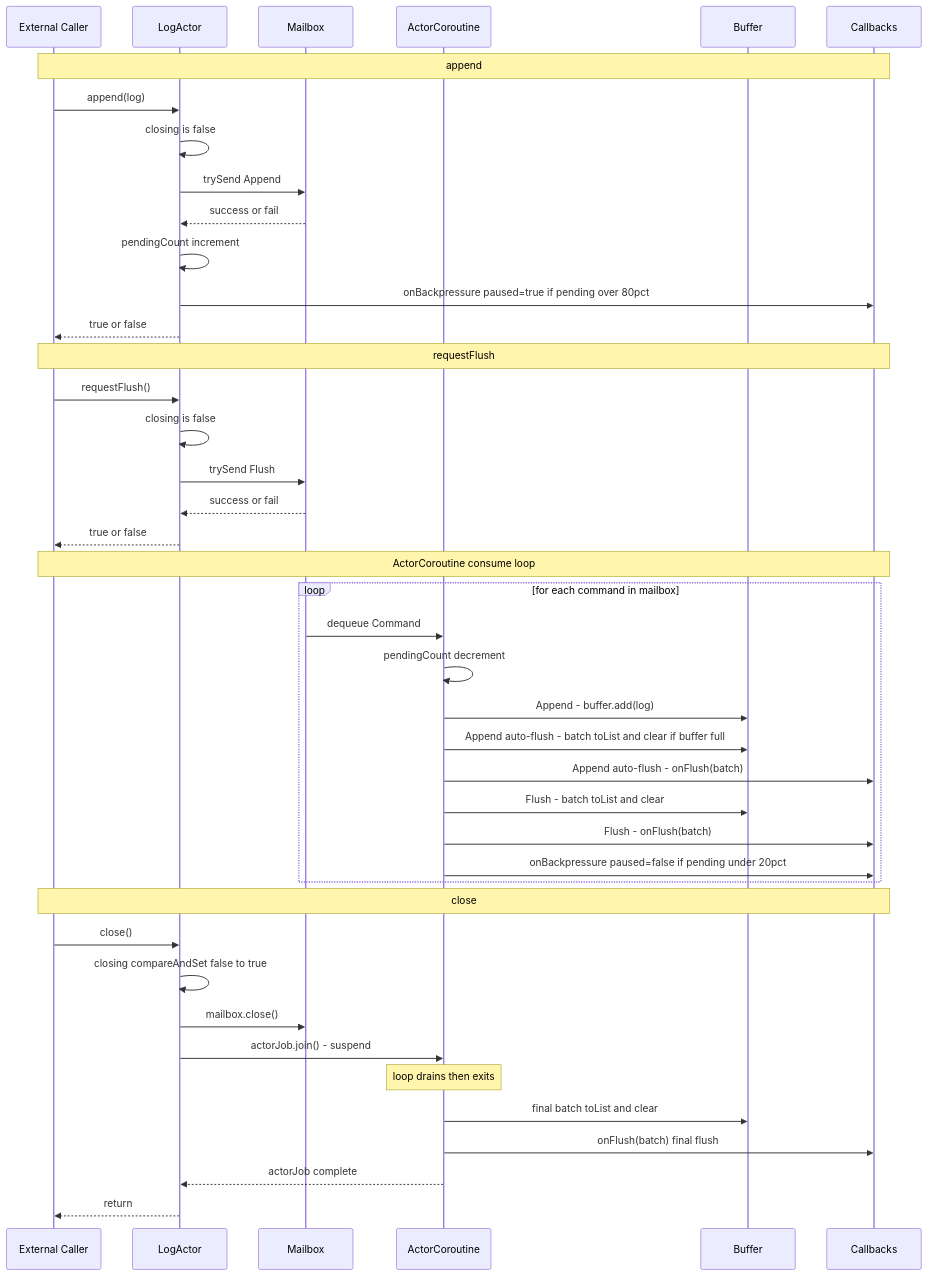
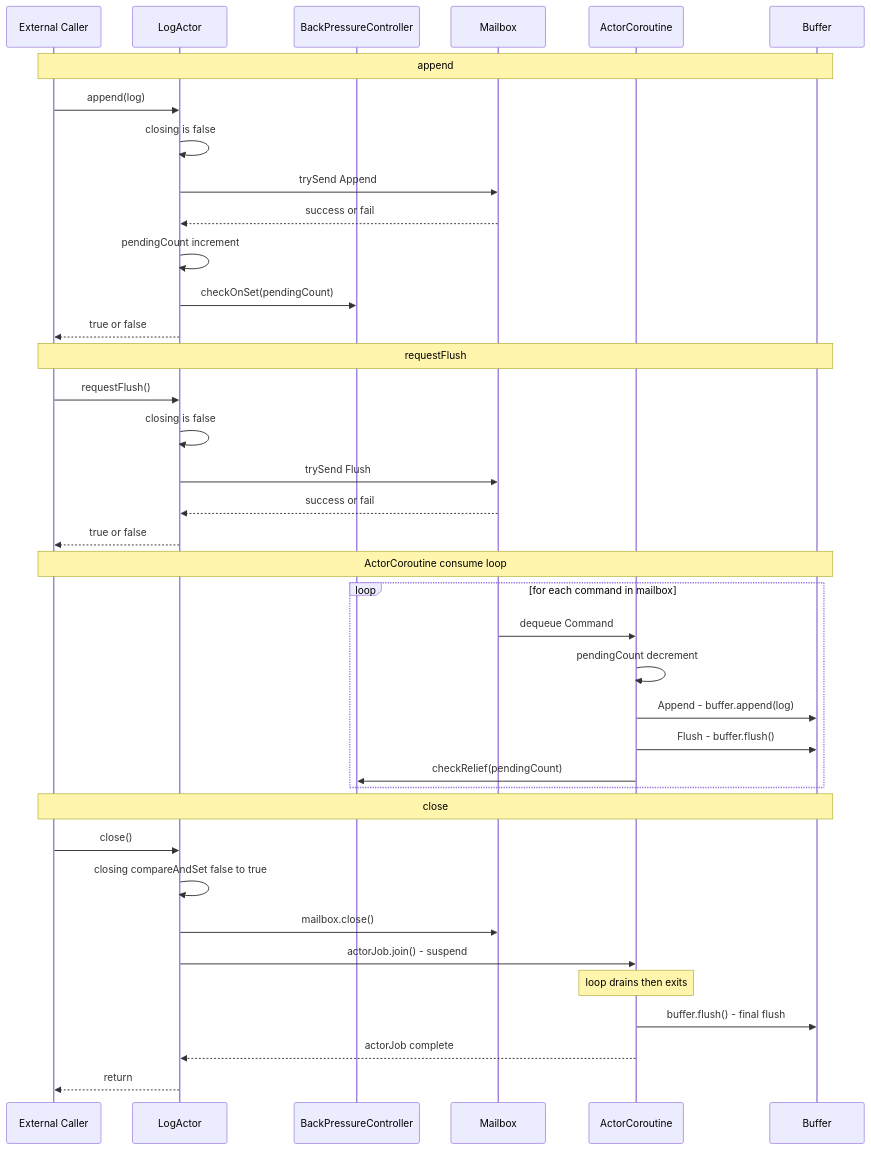
The diagram in ACTOR.md (milkcoke/kotlin-coroutine), drawn with Mermaid before and after one commit. The commit also changed other lines of this file and 1 other file, not shown here.

````diff
--- a/ACTOR.md
+++ b/ACTOR.md
@@ -1,48 +3,44 @@
 ```mermaid
 sequenceDiagram
   participant Caller as External Caller
   participant LA as LogActor
+  participant BPC as BackPressureController
   participant MB as Mailbox
   participant AC as ActorCoroutine
   participant Buf as Buffer
-  participant CB as Callbacks
 
-  Note over Caller,CB: append
+  Note over Caller,Buf: append
   Caller->>LA: append(log)
   LA->>LA: closing is false
   LA->>MB: trySend Append
   MB-->>LA: success or fail
   LA->>LA: pendingCount increment
-  LA->>CB: onBackpressure paused=true if pending over 80pct
+  LA->>BPC: checkOnSet(pendingCount)
   LA-->>Caller: true or false
 
-  Note over Caller,CB: requestFlush
+  Note over Caller,Buf: requestFlush
   Caller->>LA: requestFlush()
   LA->>LA: closing is false
   LA->>MB: trySend Flush
   MB-->>LA: success or fail
   LA-->>Caller: true or false
 
-  Note over Caller,CB: ActorCoroutine consume loop
+  Note over Caller,Buf: ActorCoroutine consume loop
   loop for each command in mailbox
     MB->>AC: dequeue Command
     AC->>AC: pendingCount decrement
-    AC->>Buf: Append - buffer.add(log)
-    AC->>Buf: Append auto-flush - batch toList and clear if buffer full
-    AC->>CB: Append auto-flush - onFlush(batch)
-    AC->>Buf: Flush - batch toList and clear
-    AC->>CB: Flush - onFlush(batch)
-    AC->>CB: onBackpressure paused=false if pending under 20pct
+    AC->>Buf: Append - buffer.append(log)
+    AC->>Buf: Flush - buffer.flush()
+    AC->>BPC: checkRelief(pendingCount)
   end
 
-  Note over Caller,CB: close
+  Note over Caller,Buf: close
   Caller->>LA: close()
   LA->>LA: closing compareAndSet false to true
   LA->>MB: mailbox.close()
   LA->>AC: actorJob.join() - suspend
   Note over AC: loop drains then exits
-  AC->>Buf: final batch toList and clear
-  AC->>CB: onFlush(batch) final flush
+  AC->>Buf: buffer.flush() - final flush
   AC-->>LA: actorJob complete
   LA-->>Caller: return
 ```
````
